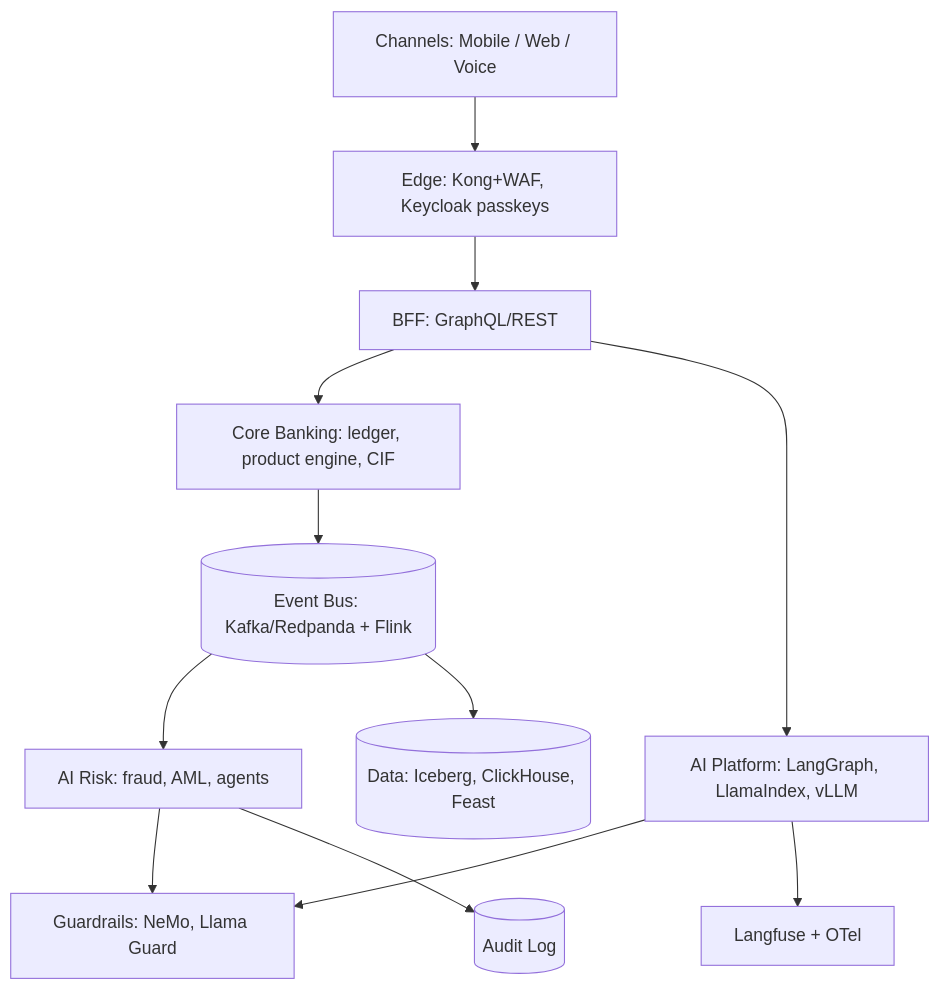
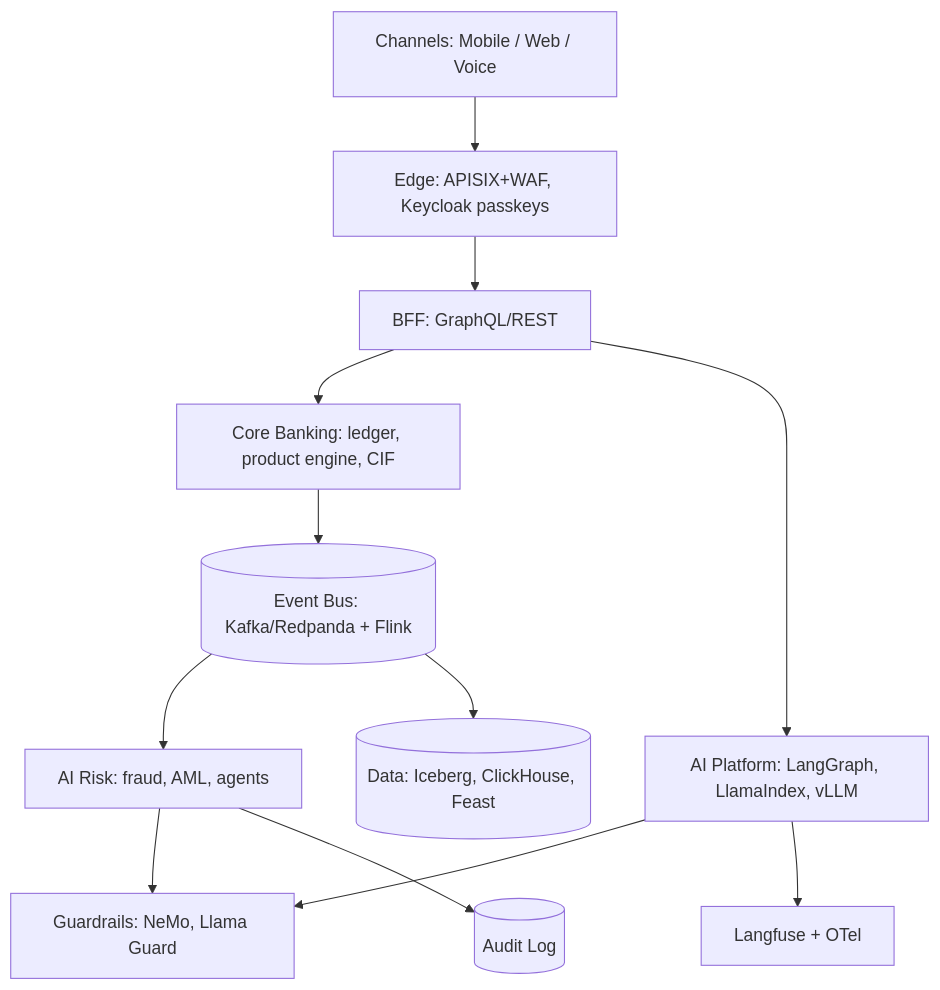
One commit to jsavinash/aegis-bank changed the diagram in aegis-documentation/01-business-and-strategy/13_high_level_solution_overview.md. Above: the diagram before and after it, drawn with Mermaid. The commit also changed 14 other files, not shown here.

````diff
--- a/aegis-documentation/01-business-and-strategy/13_high_level_solution_overview.md
+++ b/aegis-documentation/01-business-and-strategy/13_high_level_solution_overview.md
@@ -9,14 +9,14 @@
 ```mermaid
 flowchart TD
-    CH[Channels: Mobile / Web / Voice] --> EDGE[Edge: Kong+WAF, Keycloak passkeys]
+    CH[Channels: Mobile / Web / Voice] --> EDGE[Edge: APISIX+WAF, Keycloak passkeys]
     EDGE --> BFF[BFF: GraphQL/REST]
     BFF --> CORE[Core Banking: ledger, product engine, CIF]
     BFF --> AI[AI Platform: LangGraph, LlamaIndex, vLLM]
     CORE --> BUS[(Event Bus: Kafka/Redpanda + Flink)]
     BUS --> RISK[AI Risk: fraud, AML, agents]
     BUS --> DATA[(Data: Iceberg, ClickHouse, Feast)]
     RISK --> GUARD[Guardrails: NeMo, Llama Guard]
     AI --> GUARD
     RISK --> AUDIT[(Audit Log)]
     AI --> OBS[Langfuse + OTel]
 ```
````
